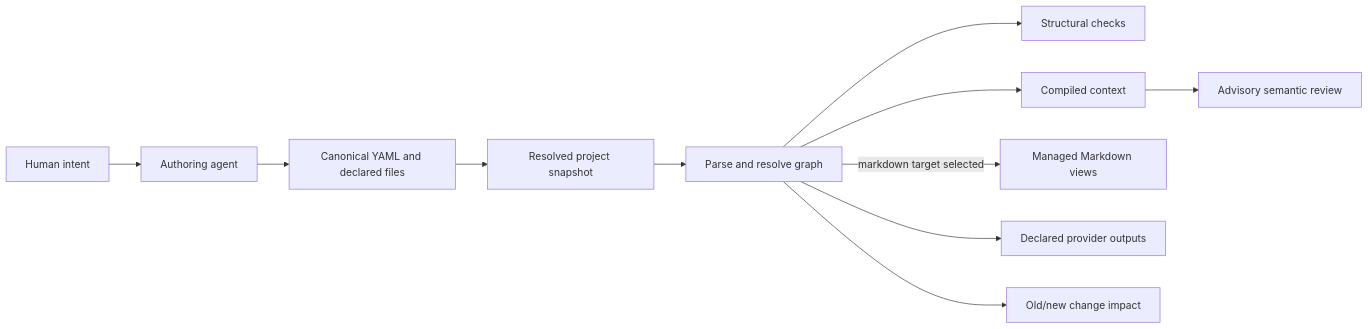
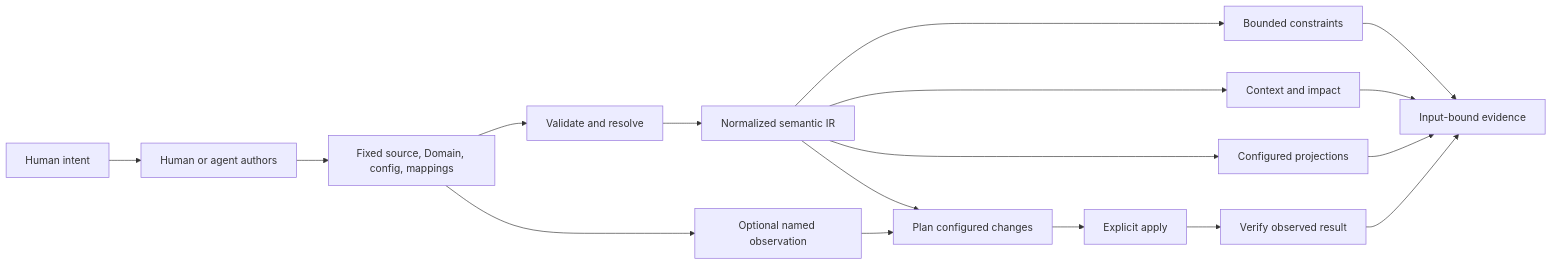
The diagram in docs/architecture.md (Glacius-Labs/Markitect), drawn with Mermaid before and after one commit. The commit also changed other lines of this file and 102 other files, not shown here.

````diff
--- a/docs/architecture.md
+++ b/docs/architecture.md
@@ -19,13 +51,19 @@
 ```mermaid
 flowchart LR
-    Intent[Human intent] --> Agent[Authoring agent]
-    Agent --> Sources[Canonical YAML and declared files]
-    Sources --> Snapshot[Resolved project snapshot]
-    Snapshot --> Graph[Parse and resolve graph]
-    Graph --> Checks[Structural checks]
-    Graph --> Context[Compiled context]
-    Graph -->|markdown target selected| Views[Managed Markdown views]
-    Graph --> Targets[Declared provider outputs]
-    Context --> Review[Advisory semantic review]
-    Graph --> Impact[Old/new change impact]
+    Intent[Human intent] --> Author[Human or agent authors]
+    Author --> Inputs[Fixed source, Domain, config, mappings]
+    Inputs --> Compile[Validate and resolve]
+    Compile --> IR[Normalized semantic IR]
+    IR --> Constraints[Bounded constraints]
+    IR --> Context[Context and impact]
+    IR --> Project[Configured projections]
+    Inputs --> Observe[Optional named observation]
+    IR --> Plan[Plan configured changes]
+    Observe --> Plan
+    Plan --> Apply[Explicit apply]
+    Apply --> Verify[Verify observed result]
+    Constraints --> Evidence[Input-bound evidence]
+    Context --> Evidence
+    Project --> Evidence
+    Verify --> Evidence
 ```
````
